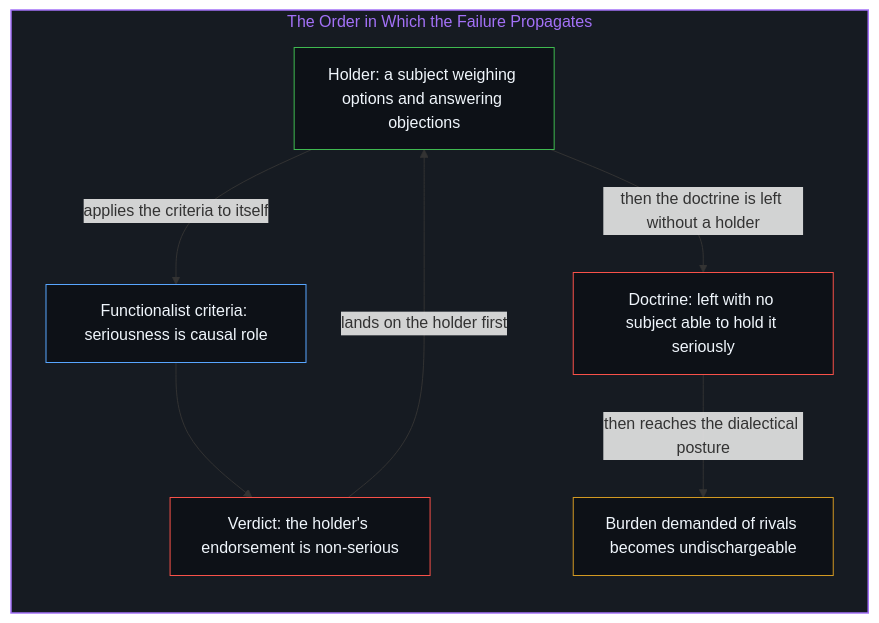
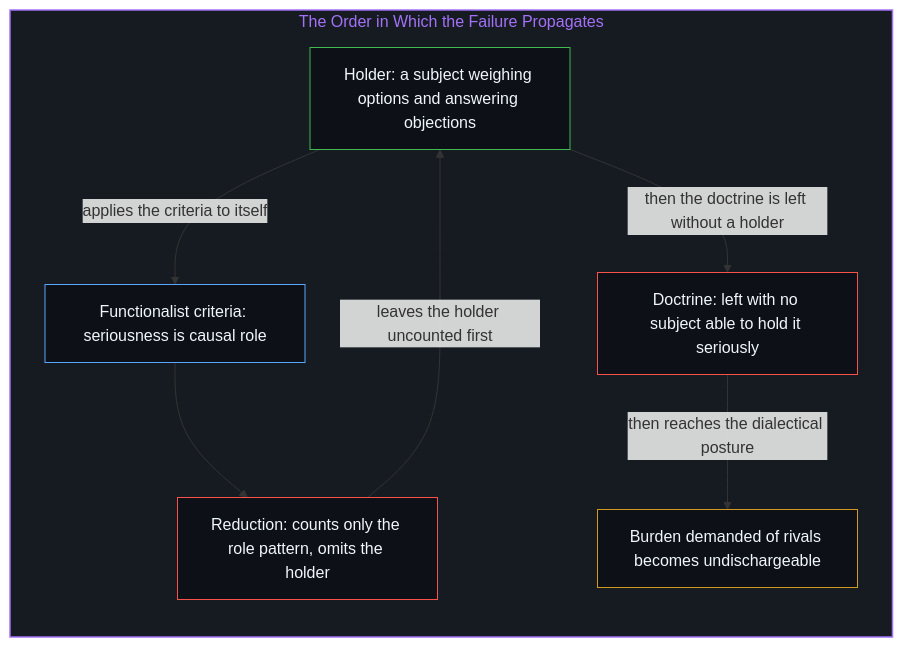
One commit to powerpig99/not-a-toe changed the second of 6 diagrams in content/posts/the-functionalism-no-functionalist-can-hold.md. Above: the diagram before and after it, drawn with Mermaid. The commit also changed other lines of this file and 2 other files, not shown here.

````diff
--- a/content/posts/the-functionalism-no-functionalist-can-hold.md
+++ b/content/posts/the-functionalism-no-functionalist-can-hold.md
@@ -42,22 +42,22 @@
 ```mermaid
 flowchart TD
     subgraph S_ORDER_EN ["The Order in Which the Failure Propagates"]
         direction TB
         Subject["Holder: a subject weighing options and answering objections"]
         Criteria["Functionalist criteria: seriousness is causal role"]
-        Verdict["Verdict: the holder's endorsement is non-serious"]
+        Verdict["Reduction: counts only the role pattern, omits the holder"]
         Doctrine["Doctrine: left with no subject able to hold it seriously"]
         Burden["Burden demanded of rivals becomes undischargeable"]
     end
     Subject -->|"applies the criteria to itself"| Criteria
     Criteria --> Verdict
-    Verdict -->|"lands on the holder first"| Subject
+    Verdict -->|"leaves the holder uncounted first"| Subject
     Subject -->|"then the doctrine is left without a holder"| Doctrine
     Doctrine -->|"then reaches the dialectical posture"| Burden
     style S_ORDER_EN fill:#161b22,stroke:#a371f7,stroke-width:1.5px,color:#a371f7
     style Subject fill:#0d1117,stroke:#3fb950,stroke-width:1px,color:#f0f6fc
     style Criteria fill:#0d1117,stroke:#58a6ff,stroke-width:1px,color:#f0f6fc
     style Verdict fill:#0d1117,stroke:#f85149,stroke-width:1px,color:#f0f6fc
     style Doctrine fill:#0d1117,stroke:#f85149,stroke-width:1px,color:#f0f6fc
     style Burden fill:#0d1117,stroke:#d29922,stroke-width:1px,color:#f0f6fc
 ```
````
